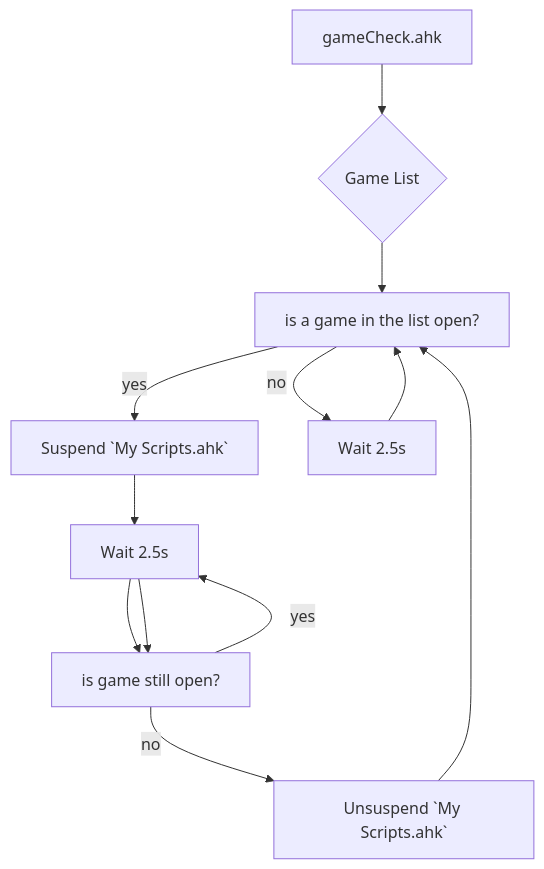
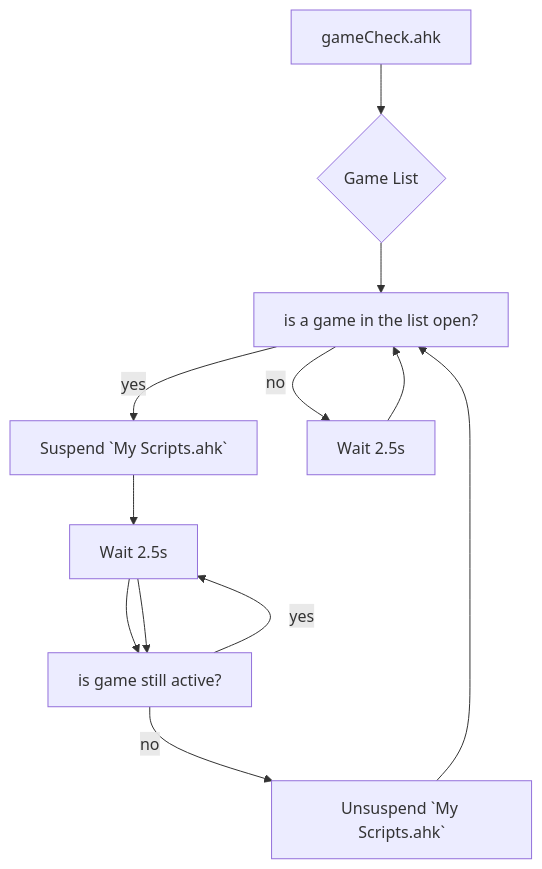
Before and after one commit to Tomshiii/ahk: the first of 2 diagrams in README.md, drawn with Mermaid. The commit also changed other lines of this file and 35 other files, not shown here.

````diff
--- a/README.md
+++ b/README.md
@@ -117,13 +117,13 @@
 ```mermaid
   graph TD;
       A[gameCheck.ahk]-->B{Game List};
       B --> C[is a game in the list open?];
       
       C -- yes --> D[Suspend `My Scripts.ahk`]
       C -- no --> E[Wait 2.5s] --> C
 
-      D --> H --> F[is game still open?]
+      D --> H --> F[is game still active?]
       F -- yes --> H[Wait 2.5s] --> F
       F -- no --> G[Unsuspend `My Scripts.ahk`]
       G --> C
 ```
````
